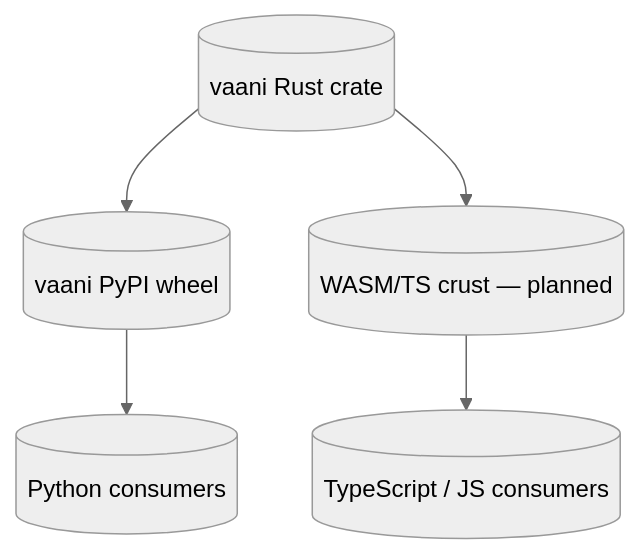
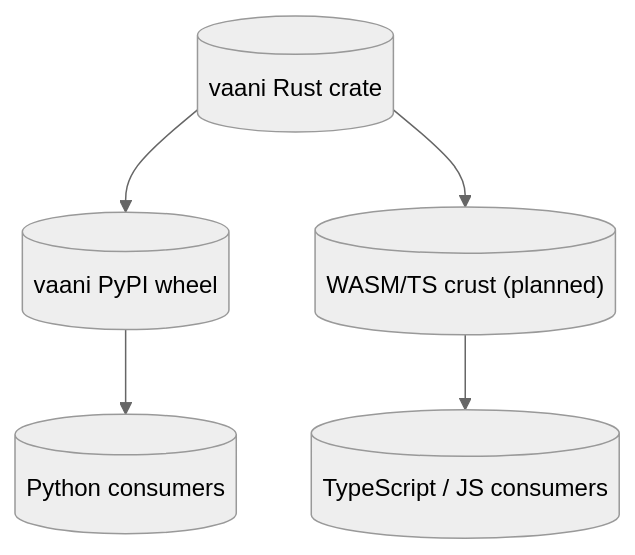
The diagram in book/src/architecture/cross-language.md (mox-labs/matra), drawn with Mermaid (neutral theme) before and after one commit. The commit also changed 8 other files, not shown here.

````diff
--- a/book/src/architecture/cross-language.md
+++ b/book/src/architecture/cross-language.md
@@ -5,7 +5,7 @@
 ```mermaid
 flowchart TB
     rust[("vaani Rust crate")] --> py[(vaani PyPI wheel)]
-    rust --> wasm[("WASM/TS crust — planned")]
+    rust --> wasm[("WASM/TS crust (planned)")]
     py --> pyc[(Python consumers)]
     wasm --> ts[(TypeScript / JS consumers)]
 ```
````
